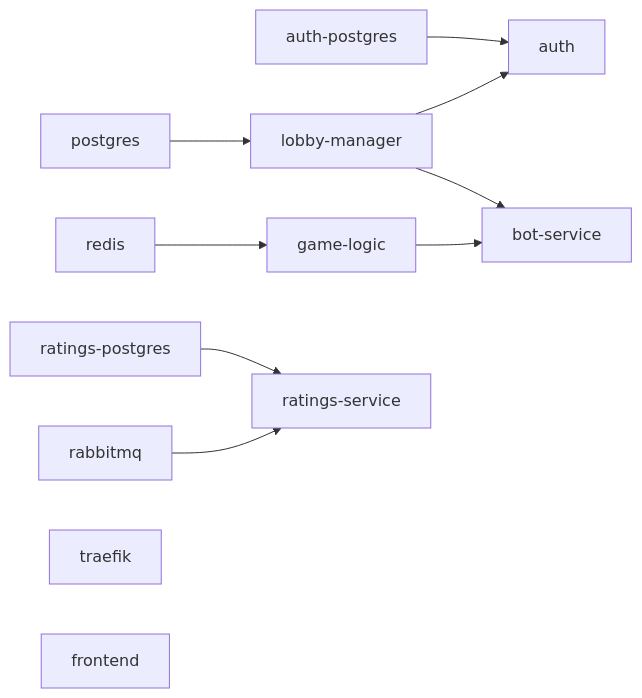
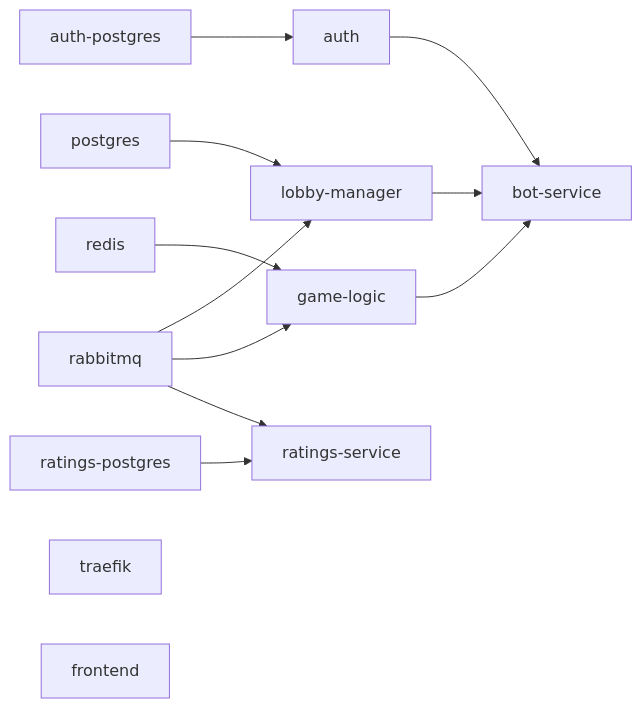
The second of 2 diagrams in docs/deployment-view.md (soetgdeznsgk/ArchSoft-Group1F), drawn with Mermaid before and after one commit. The commit also changed other lines of this file and 67 other files, not shown here.

````diff
--- a/docs/deployment-view.md
+++ b/docs/deployment-view.md
@@ -288,12 +285,15 @@
 ```mermaid
 flowchart LR
   APG[auth-postgres] --> AUTH[auth]
-  PG[postgres] --> LOBBY[lobby-manager] --> AUTH
+  PG[postgres] --> LOBBY[lobby-manager]
+  MQ[rabbitmq] --> LOBBY
   RD[redis] --> GAME[game-logic]
-  LOBBY --> BOT[bot-service]
+  MQ --> GAME
+  AUTH --> BOT[bot-service]
+  LOBBY --> BOT
   GAME --> BOT
   RPG[ratings-postgres] --> RAT[ratings-service]
-  MQ[rabbitmq] --> RAT
+  MQ --> RAT
   TR[traefik]
   FE[frontend]
 ```
````
